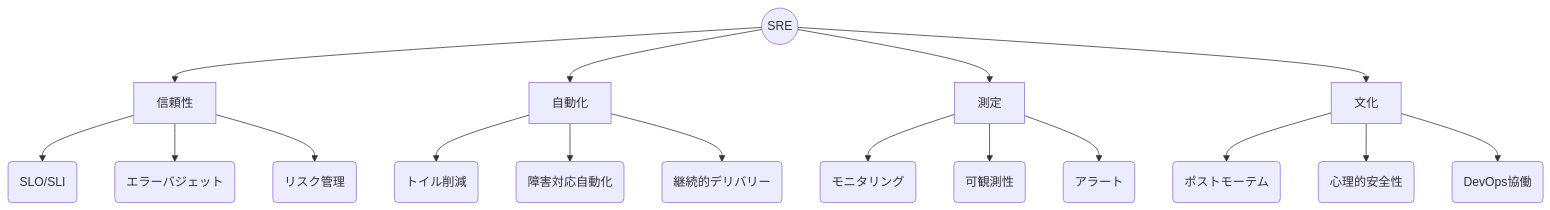
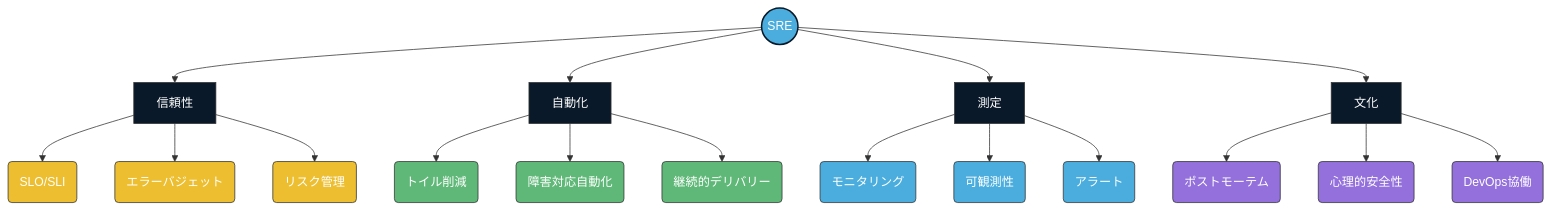
One commit to t-vana4/3shake-marp-templates changed the first of 8 diagrams in examples/3shake-presentation-nwiizo-edition.md. Above: the diagram before and after it, drawn with Mermaid. The commit also changed other lines of this file, not shown here.

```diff
--- a/examples/3shake-presentation-nwiizo-edition.md
+++ b/examples/3shake-presentation-nwiizo-edition.md
@@ -248,23 +342,40 @@
 <pre class="mermaid mermaid-auto-lg">
 flowchart TD
     A((SRE)) --> B[信頼性]
     A --> C[自動化]
     A --> D[測定]
     A --> E[文化]
     
     B --> B1(SLO/SLI)
     B --> B2(エラーバジェット)
     B --> B3(リスク管理)
     
     C --> C1(トイル削減)
     C --> C2(障害対応自動化)
     C --> C3(継続的デリバリー)
     
     D --> D1(モニタリング)
     D --> D2(可観測性)
     D --> D3(アラート)
     
     E --> E1(ポストモーテム)
     E --> E2(心理的安全性)
     E --> E3(DevOps協働)
+    
+    %% スタイル設定
+    classDef default fill:#f4f4f4,stroke:#333,stroke-width:1px
+    classDef main fill:#4AADDD,stroke:#0a1929,stroke-width:2px,color:white
+    classDef pillar fill:#0a1929,stroke:#333,stroke-width:1px,color:white
+    classDef reliability fill:#ECBE30,stroke:#333,stroke-width:1px,color:white
+    classDef automation fill:#5FB878,stroke:#333,stroke-width:1px,color:white
+    classDef measurement fill:#4AADDD,stroke:#333,stroke-width:1px,color:white
+    classDef culture fill:#9370DB,stroke:#333,stroke-width:1px,color:white
+    
+    %% クラス適用
+    class A main
+    class B,C,D,E pillar
+    class B1,B2,B3 reliability
+    class C1,C2,C3 automation
+    class D1,D2,D3 measurement
+    class E1,E2,E3 culture
 </pre>
```
